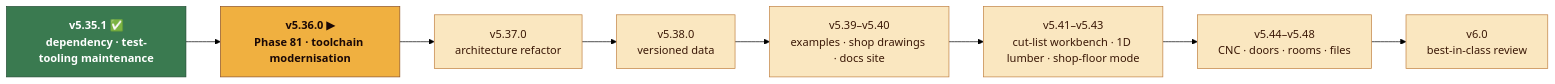
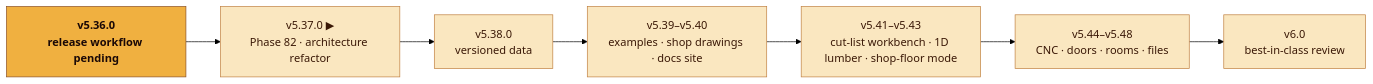
Before and after one commit to RajwanYair/WoodworkingShop: the second of 2 diagrams in README.md, drawn with Mermaid (forest theme). The commit also changed 13 other files, not shown here.

````diff
--- a/README.md
+++ b/README.md
@@ -231,16 +231,14 @@
 ```mermaid
 flowchart LR
-  now["v5.35.1 ✅<br/>dependency · test-tooling maintenance"] --> t["v5.36.0 ▶<br/>Phase 81 · toolchain modernisation"]
-  t --> a["v5.37.0<br/>architecture refactor"] --> d0["v5.38.0<br/>versioned data"]
-  d0 --> d["v5.39–v5.40<br/>examples · shop drawings · docs site"]
-  d --> w["v5.41–v5.43<br/>cut-list workbench · 1D lumber · shop-floor mode"]
-  w --> m["v5.44–v5.48<br/>CNC · doors · rooms · files"]
-  m --> v6["v6.0<br/>best-in-class review"]
+  now["v5.36.0<br/>release workflow pending"] --> t["v5.37.0 ▶<br/>Phase 82 · architecture refactor"]
+  t --> a["v5.38.0<br/>versioned data"] --> d0["v5.39–v5.40<br/>examples · shop drawings · docs site"]
+  d0 --> d["v5.41–v5.43<br/>cut-list workbench · 1D lumber · shop-floor mode"]
+  d --> w["v5.44–v5.48<br/>CNC · doors · rooms · files"]
+  w --> m["v6.0<br/>best-in-class review"]
 
   classDef done fill:#3a7a50,stroke:#1e4a30,color:#ffffff,font-weight:bold
   classDef next fill:#f0b040,stroke:#8b5022,color:#1a0806,font-weight:bold
   classDef later fill:#fae7c0,stroke:#c08040,color:#3a1806
-  class now done
-  class t next
-  class a,d0,d,w,m,v6 later
+  class now next
+  class t,a,d0,d,w,m later
 ```
````
